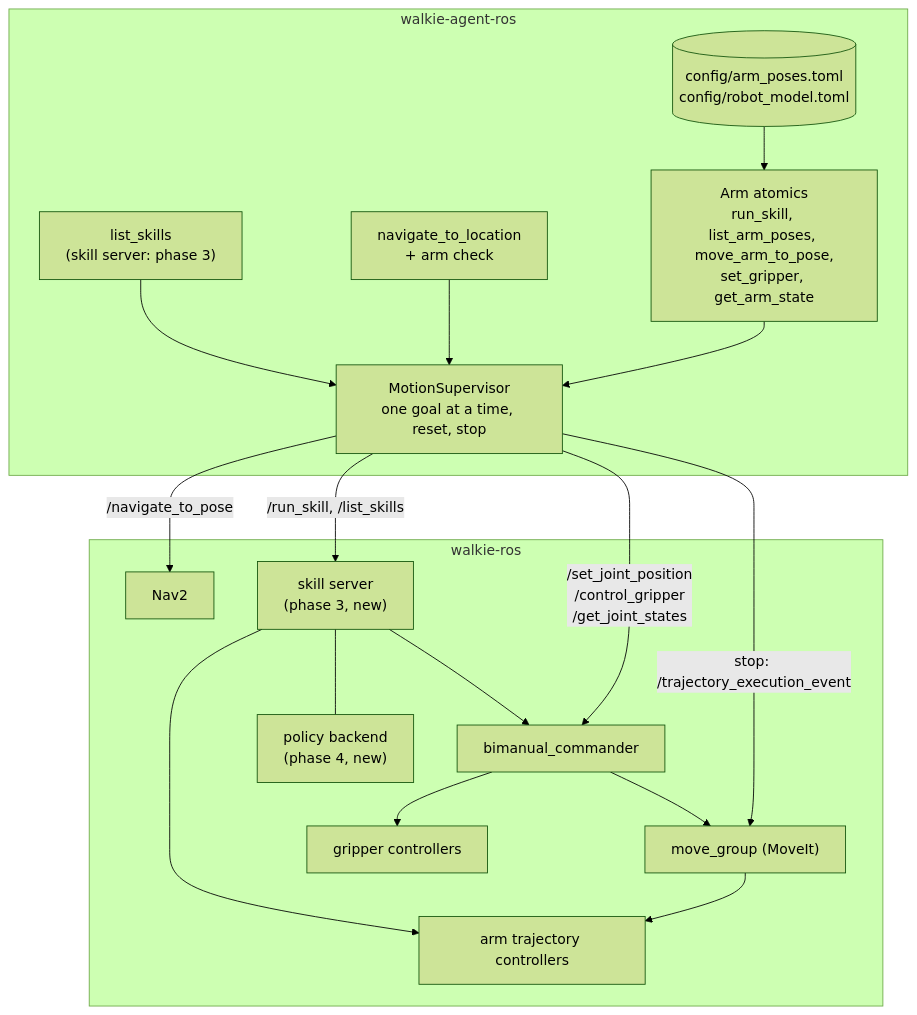
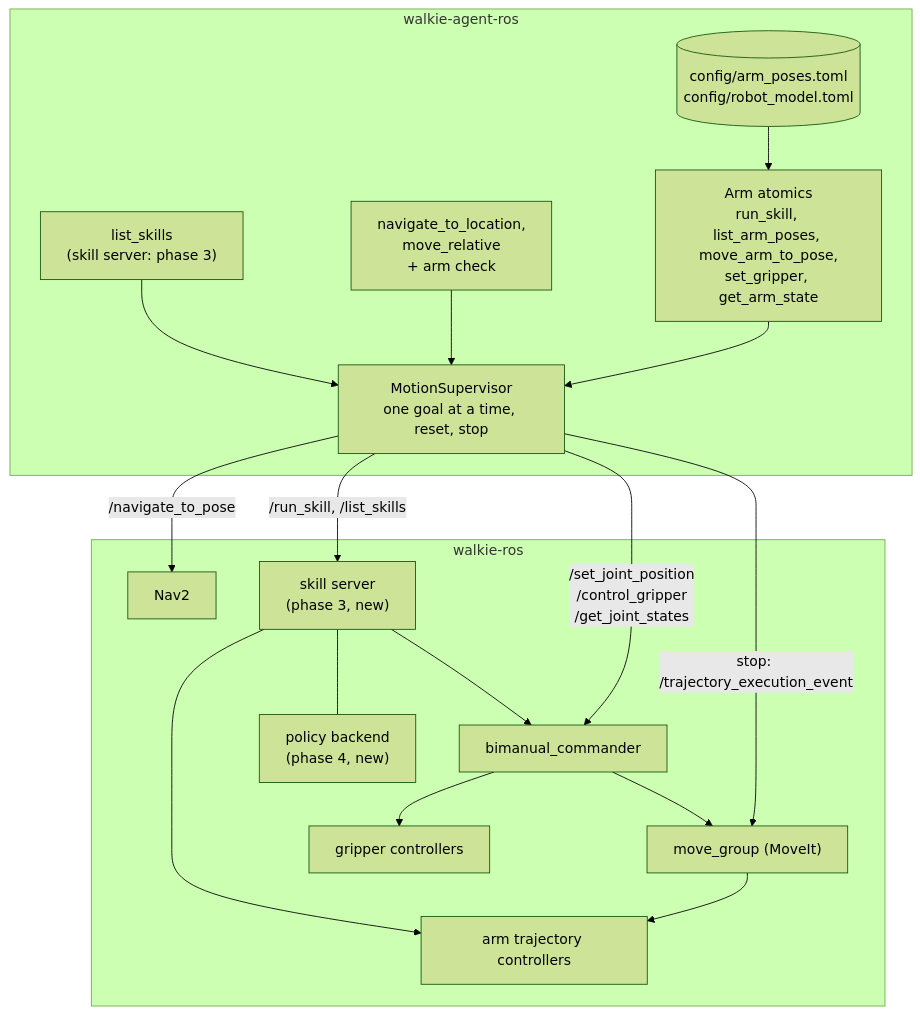
The first of 4 diagrams in docs/architecture/manipulation.md (EIC-Robocup-2026/walkie-agent-ros), drawn with Mermaid (forest theme) before and after one commit. The commit also changed other lines of this file and 43 other files, not shown here.

````diff
--- a/docs/architecture/manipulation.md
+++ b/docs/architecture/manipulation.md
@@ -62,35 +67,35 @@
 ```mermaid
 flowchart TB
   subgraph agent["walkie-agent-ros"]
     cfg[("config/arm_poses.toml<br/>config/robot_model.toml")]
     llm_tools["Arm atomics<br/>run_skill, list_arm_poses, move_arm_to_pose,<br/>set_gripper, get_arm_state"]
-    nav_tool["navigate_to_location<br/>+ arm check"]
+    nav_tool["navigate_to_location,<br/>move_relative<br/>+ arm check"]
     skill_tools["list_skills<br/>(skill server: phase 3)"]
     ms["MotionSupervisor<br/>one goal at a time, reset, stop"]
   end
 
   subgraph robot["walkie-ros"]
     cmd["bimanual_commander"]
     mg["move_group (MoveIt)"]
     jtc["arm trajectory controllers"]
     grip["gripper controllers"]
     nav2["Nav2"]
     skills["skill server<br/>(phase 3, new)"]
     policy["policy backend<br/>(phase 4, new)"]
   end
 
   cfg --> llm_tools
   llm_tools --> ms
   nav_tool --> ms
   skill_tools --> ms
   ms -- "/set_joint_position<br/>/control_gripper<br/>/get_joint_states" --> cmd
   ms -- "stop: /trajectory_execution_event" --> mg
   ms -- "/navigate_to_pose" --> nav2
   ms -- "/run_skill, /list_skills" --> skills
   cmd --> mg
   mg --> jtc
   cmd --> grip
   skills --> cmd
   skills --> jtc
   skills --- policy
 ```
````
